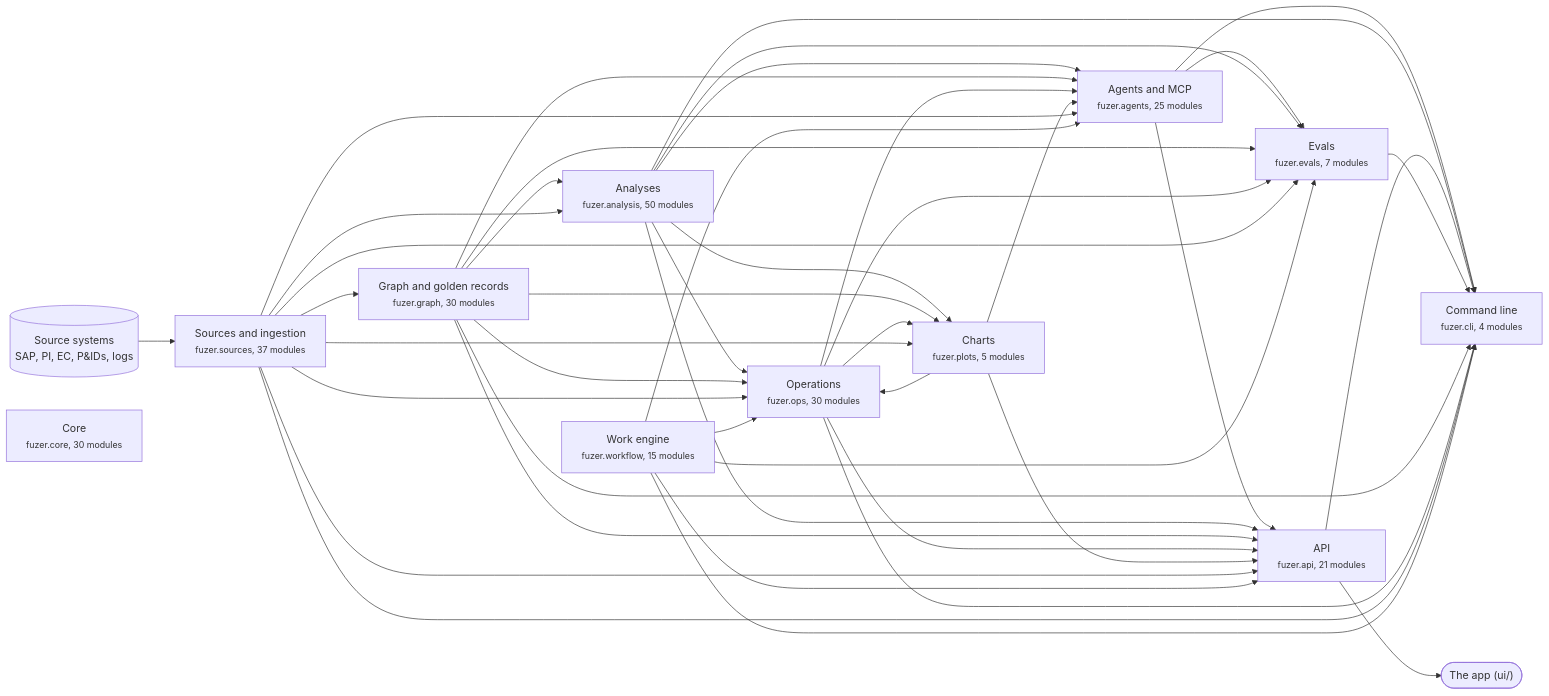
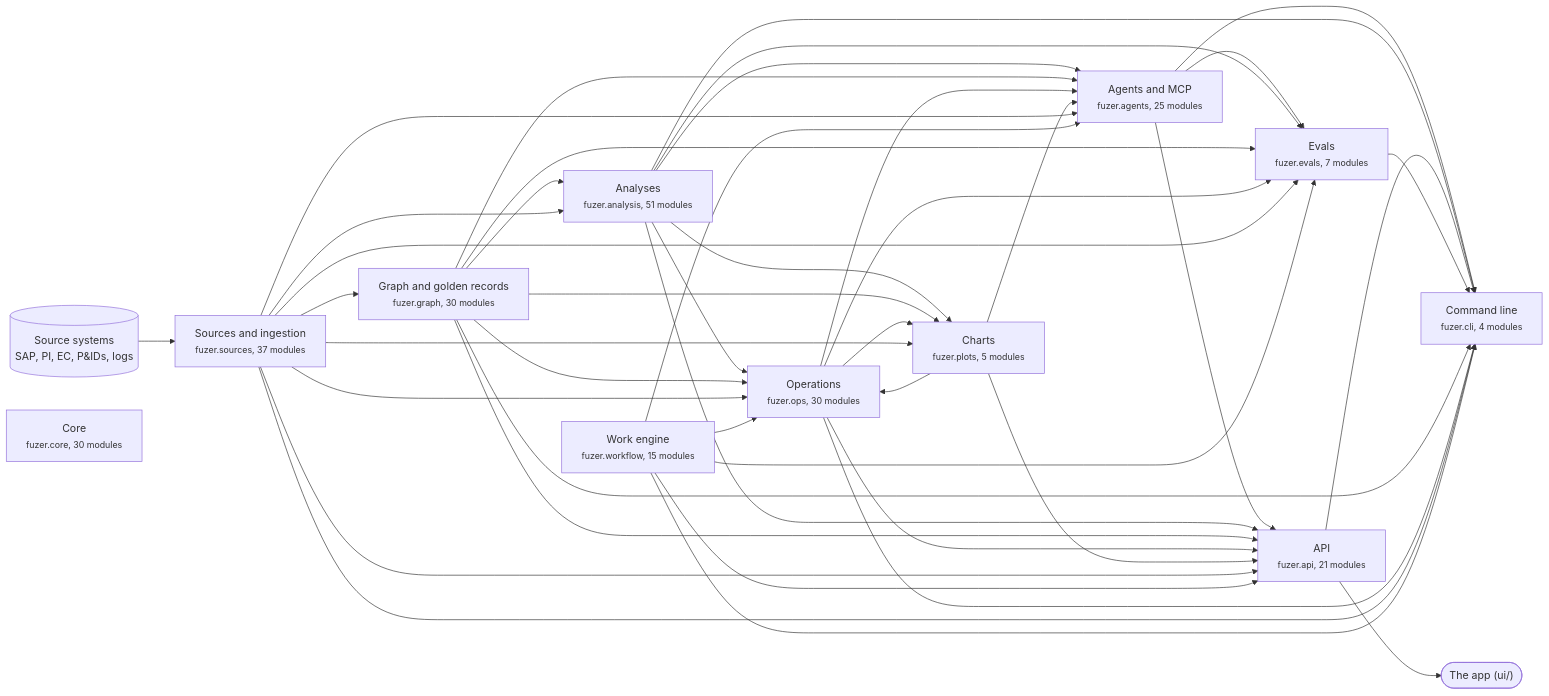
The first of 3 diagrams in docs/architecture.md (areed145/fuzer), drawn with Mermaid before and after one commit. The commit also changed other lines of this file and 18 other files, not shown here.

````diff
--- a/docs/architecture.md
+++ b/docs/architecture.md
@@ -8,67 +8,67 @@
 ```mermaid
 flowchart LR
   systems[("Source systems<br>SAP, PI, EC, P&IDs, logs")] --> c_sources
   app(["The app (ui/)"])
   c_api --> app
   c_sources["Sources and ingestion<br><small>fuzer.sources, 37 modules</small>"]
   c_graph["Graph and golden records<br><small>fuzer.graph, 30 modules</small>"]
-  c_analysis["Analyses<br><small>fuzer.analysis, 50 modules</small>"]
+  c_analysis["Analyses<br><small>fuzer.analysis, 51 modules</small>"]
   c_ops["Operations<br><small>fuzer.ops, 30 modules</small>"]
   c_plots["Charts<br><small>fuzer.plots, 5 modules</small>"]
   c_workflow["Work engine<br><small>fuzer.workflow, 15 modules</small>"]
   c_agents["Agents and MCP<br><small>fuzer.agents, 25 modules</small>"]
   c_evals["Evals<br><small>fuzer.evals, 7 modules</small>"]
   c_api["API<br><small>fuzer.api, 21 modules</small>"]
   c_cli["Command line<br><small>fuzer.cli, 4 modules</small>"]
   c_core["Core<br><small>fuzer.core, 30 modules</small>"]
   c_sources --> c_graph
   c_graph --> c_analysis
   c_sources --> c_analysis
   c_analysis --> c_ops
   c_graph --> c_ops
   c_plots --> c_ops
   c_sources --> c_ops
   c_workflow --> c_ops
   c_analysis --> c_plots
   c_graph --> c_plots
   c_ops --> c_plots
   c_sources --> c_plots
   c_analysis --> c_agents
   c_graph --> c_agents
   c_ops --> c_agents
   c_plots --> c_agents
   c_sources --> c_agents
   c_workflow --> c_agents
   c_agents --> c_evals
   c_analysis --> c_evals
   c_graph --> c_evals
   c_ops --> c_evals
   c_sources --> c_evals
   c_workflow --> c_evals
   c_agents --> c_api
   c_analysis --> c_api
   c_graph --> c_api
   c_ops --> c_api
   c_plots --> c_api
   c_sources --> c_api
   c_workflow --> c_api
   c_agents --> c_cli
   c_analysis --> c_cli
   c_api --> c_cli
   c_evals --> c_cli
   c_graph --> c_cli
   c_ops --> c_cli
   c_sources --> c_cli
   c_workflow --> c_cli
   click c_sources "https://github.com/areed145/fuzer/tree/main/src/fuzer/sources"
   click c_graph "https://github.com/areed145/fuzer/tree/main/src/fuzer/graph"
   click c_analysis "https://github.com/areed145/fuzer/tree/main/src/fuzer/analysis"
   click c_ops "https://github.com/areed145/fuzer/tree/main/src/fuzer/ops"
   click c_plots "https://github.com/areed145/fuzer/tree/main/src/fuzer/plots"
   click c_workflow "https://github.com/areed145/fuzer/tree/main/src/fuzer/workflow"
   click c_agents "https://github.com/areed145/fuzer/tree/main/src/fuzer/agents"
   click c_evals "https://github.com/areed145/fuzer/tree/main/src/fuzer/evals"
   click c_api "https://github.com/areed145/fuzer/tree/main/src/fuzer/api"
   click c_cli "https://github.com/areed145/fuzer/tree/main/src/fuzer/cli"
   click c_core "https://github.com/areed145/fuzer/tree/main/src/fuzer/core"
 ```
````
